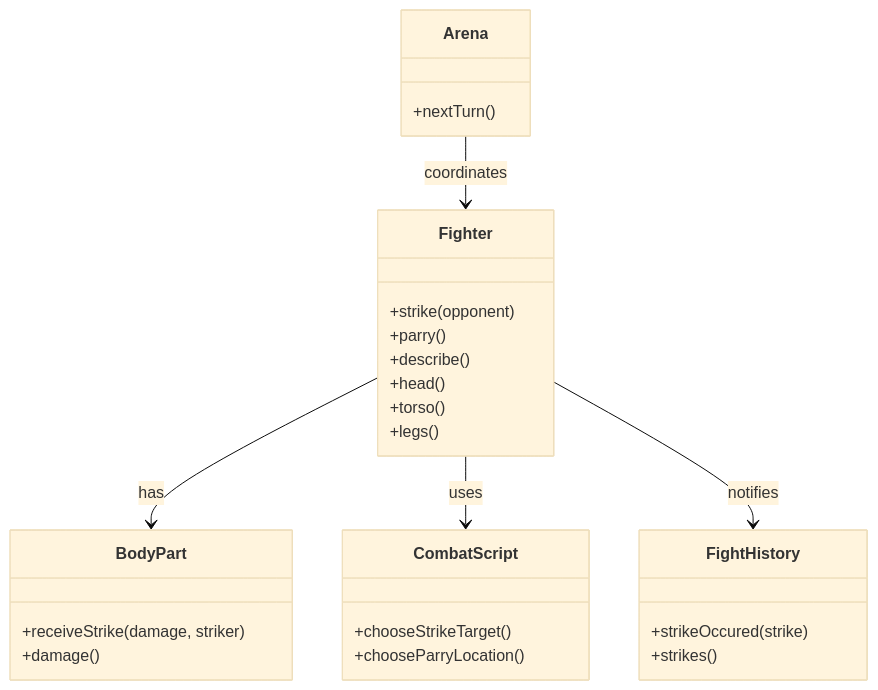
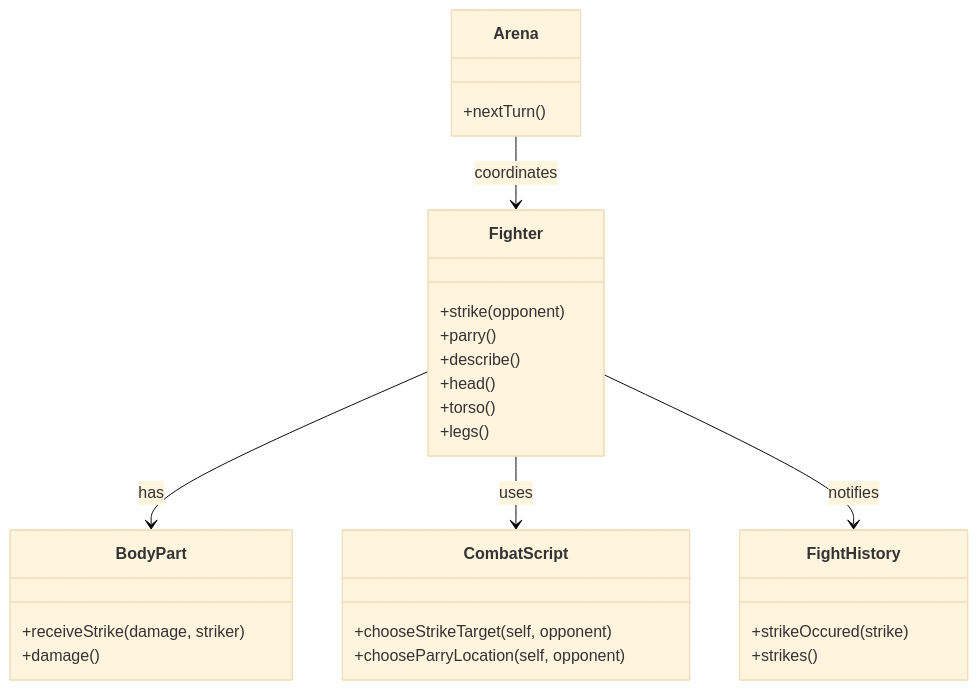
Before and after one commit to vzurauskas/copilot-test-duel-scripts-3: the diagram in plan.md, drawn with Mermaid (base theme). The commit also changed other lines of this file and 2 other files, not shown here.

````diff
--- a/plan.md
+++ b/plan.md
@@ -17,35 +17,35 @@
 ```mermaid
 classDiagram
     class Arena {
         +nextTurn()
     }
     
     class Fighter {
         +strike(opponent)
         +parry()
         +describe()
         +head()
         +torso()
         +legs()
     }
     
     class BodyPart {
         +receiveStrike(damage, striker)
         +damage()
     }
     
     class CombatScript {
-        +chooseStrikeTarget()
-        +chooseParryLocation()
+        +chooseStrikeTarget(self, opponent)
+        +chooseParryLocation(self, opponent)
     }
     
     class FightHistory {
         +strikeOccured(strike)
         +strikes()
     }
     
     Arena --> Fighter : coordinates
     Fighter --> BodyPart : has
     Fighter --> CombatScript : uses
     Fighter --> FightHistory : notifies
 ```
````
